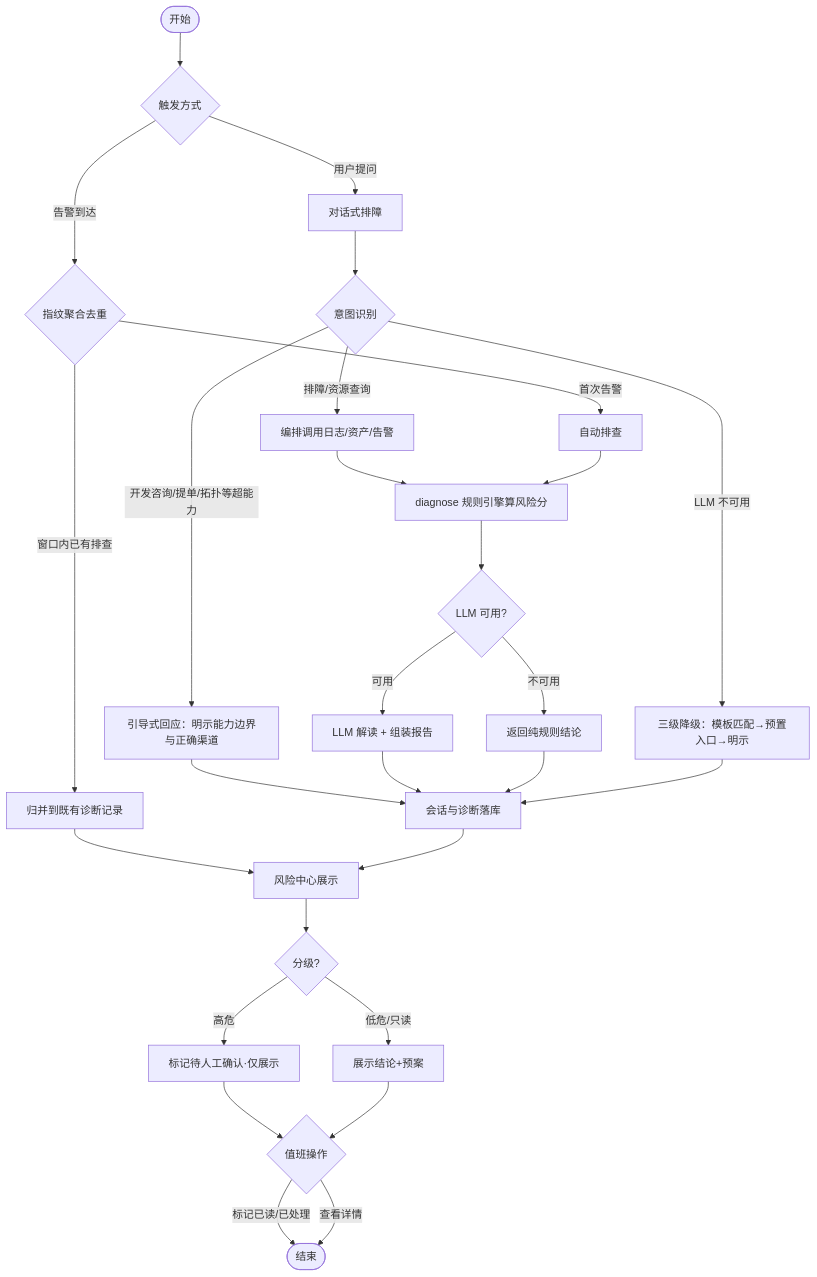
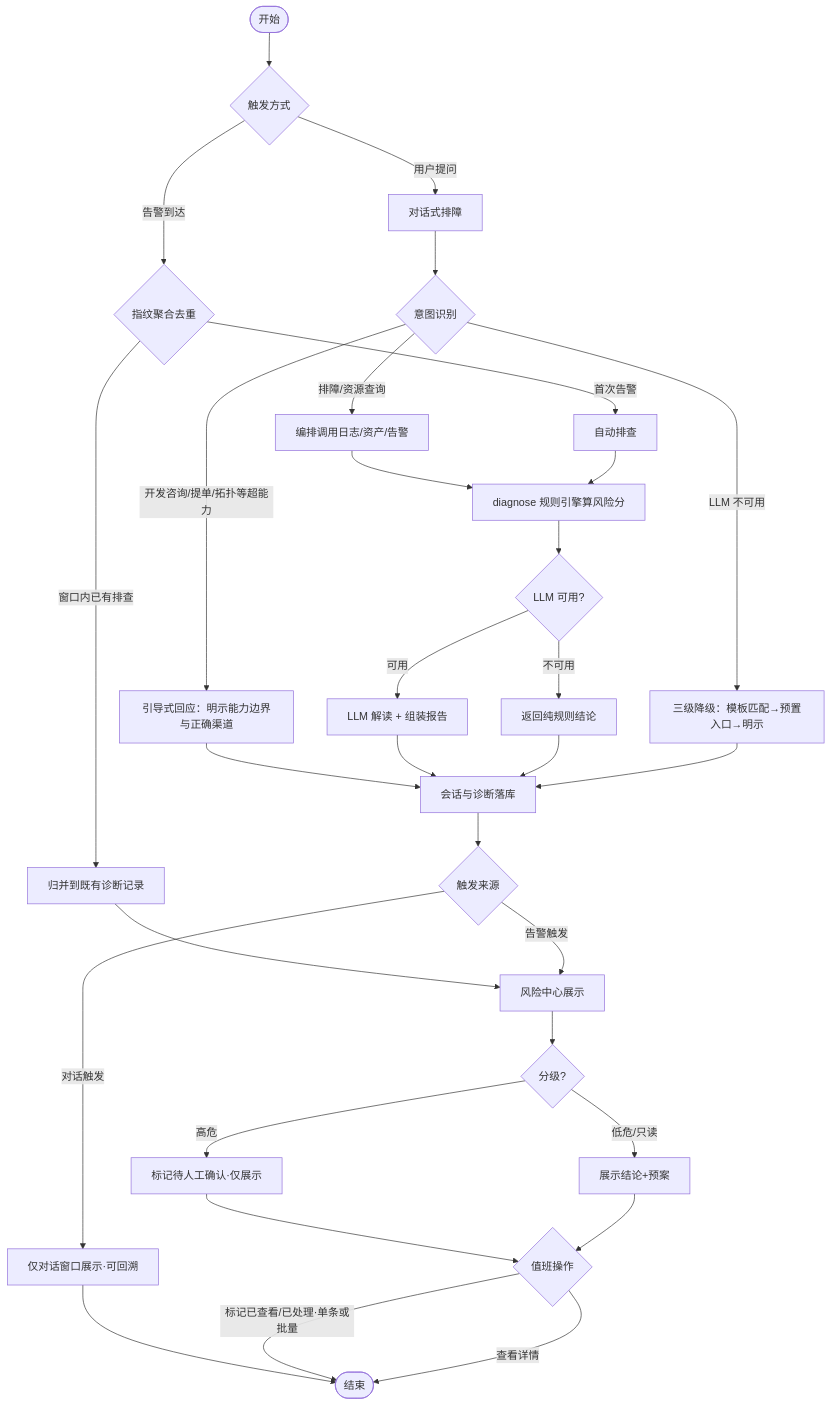
The diagram in docs/features/haven-opsagent/prd/prd-spec.md (Havens-blog/e-ops-agent), drawn with Mermaid before and after one commit. The commit also changed other lines of this file and 11 other files, not shown here.

````diff
--- a/docs/features/haven-opsagent/prd/prd-spec.md
+++ b/docs/features/haven-opsagent/prd/prd-spec.md
@@ -81,30 +81,33 @@
 ```mermaid
 flowchart TD
     Start([开始]) --> Trigger{触发方式}
     Trigger -->|用户提问| Dialog[对话式排障]
     Trigger -->|告警到达| StormCheck{指纹聚合去重}
     StormCheck -->|窗口内已有排查| Merge[归并到既有诊断记录]
     StormCheck -->|首次告警| Probe[自动排查]
     Dialog --> Intent{意图识别}
     Intent -->|排障/资源查询| Orchestrate[编排调用日志/资产/告警]
     Intent -->|开发咨询/提单/拓扑等超能力| Guide[引导式回应：明示能力边界与正确渠道]
     Intent -->|LLM 不可用| Fallback[三级降级：模板匹配→预置入口→明示]
     Guide --> Persist
     Orchestrate --> Diagnose[diagnose 规则引擎算风险分]
     Diagnose --> LLM{LLM 可用?}
     LLM -->|可用| Report[LLM 解读 + 组装报告]
     LLM -->|不可用| RuleOnly[返回纯规则结论]
     Report --> Persist[会话与诊断落库]
     RuleOnly --> Persist
     Fallback --> Persist
     Probe --> Diagnose
     Merge --> RiskCenter[风险中心展示]
-    Persist --> RiskCenter
+    Persist --> Source{触发来源}
+    Source -->|告警触发| RiskCenter
+    Source -->|对话触发| ChatOnly[仅对话窗口展示·可回溯]
+    ChatOnly --> End([结束])
     RiskCenter --> HighRisk{分级?}
     HighRisk -->|高危| MarkPending[标记待人工确认·仅展示]
     HighRisk -->|低危/只读| Show[展示结论+预案]
     MarkPending --> Ack{值班操作}
     Show --> Ack
-    Ack -->|标记已读/已处理| End([结束])
+    Ack -->|标记已查看/已处理·单条或批量| End([结束])
     Ack -->|查看详情| End
 ```
````
